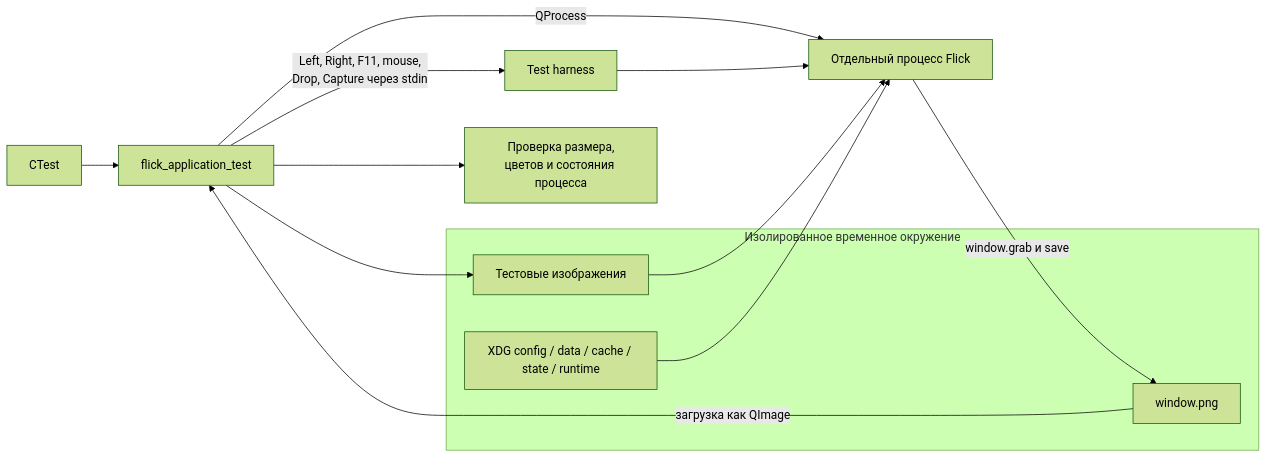
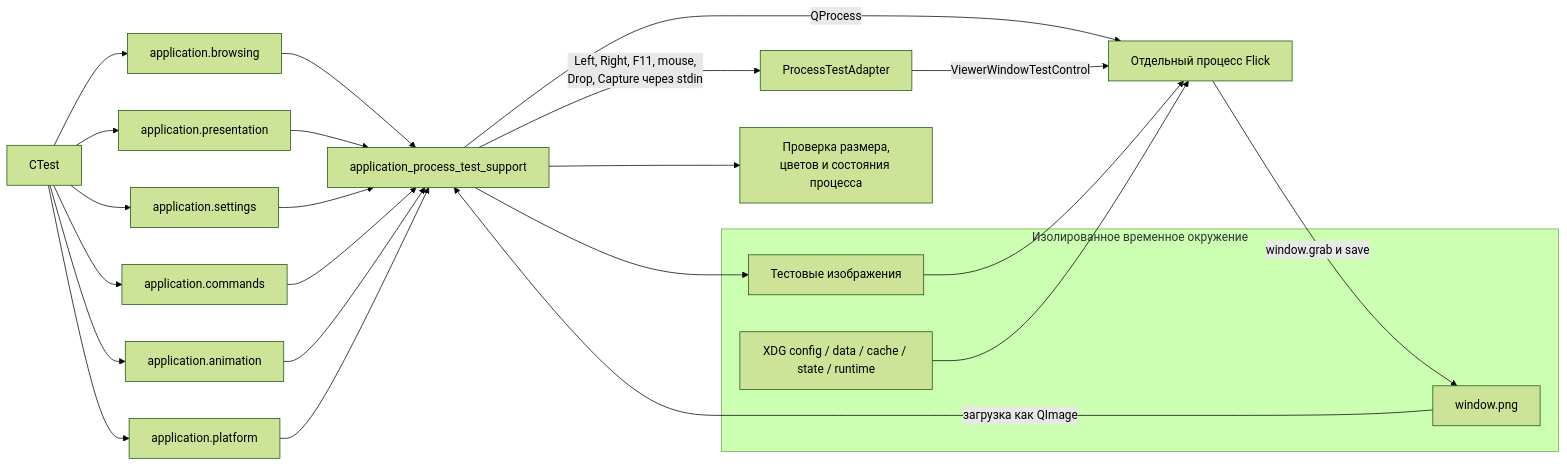
The fourth of 4 diagrams in docs/architecture.md (Lannselot/Flick), drawn with Mermaid (forest theme) before and after one commit. The commit also changed other lines of this file and 41 other files, not shown here.

First line of the commit message:
Deepen ViewerWindow boundaries and keep fitted images responsive (#14)

````diff
--- a/docs/architecture.md
+++ b/docs/architecture.md
@@ -249,20 +267,26 @@
 ```mermaid
 flowchart LR
-    CTest[CTest] --> Test[flick_application_test]
-    Test -->|QProcess| App[Отдельный процесс Flick]
+    CTest[CTest] --> Browsing[application.browsing]
+    CTest --> Presentation[application.presentation]
+    CTest --> Settings[application.settings]
+    CTest --> Commands[application.commands]
+    CTest --> Animation[application.animation]
+    CTest --> Platform[application.platform]
+    Browsing & Presentation & Settings & Commands & Animation & Platform --> Support[application_process_test_support]
+    Support -->|QProcess| App[Отдельный процесс Flick]
 
     subgraph Isolated[Изолированное временное окружение]
         XDG[XDG config / data / cache / state / runtime]
         Fixtures[Тестовые изображения]
         Screenshot[window.png]
     end
 
-    Test --> Fixtures
+    Support --> Fixtures
     Fixtures --> App
-    Test -->|Left, Right, F11, mouse,<br/>Drop, Capture через stdin| Harness[Test harness]
-    Harness --> App
+    Support -->|Left, Right, F11, mouse,<br/>Drop, Capture через stdin| Adapter[ProcessTestAdapter]
+    Adapter -->|ViewerWindowTestControl| App
     App -->|window.grab и save| Screenshot
-    Screenshot -->|загрузка как QImage| Test
-    Test --> Assertions[Проверка размера,<br/>цветов и состояния процесса]
+    Screenshot -->|загрузка как QImage| Support
+    Support --> Assertions[Проверка размера,<br/>цветов и состояния процесса]
     XDG --> App
 ```
````
